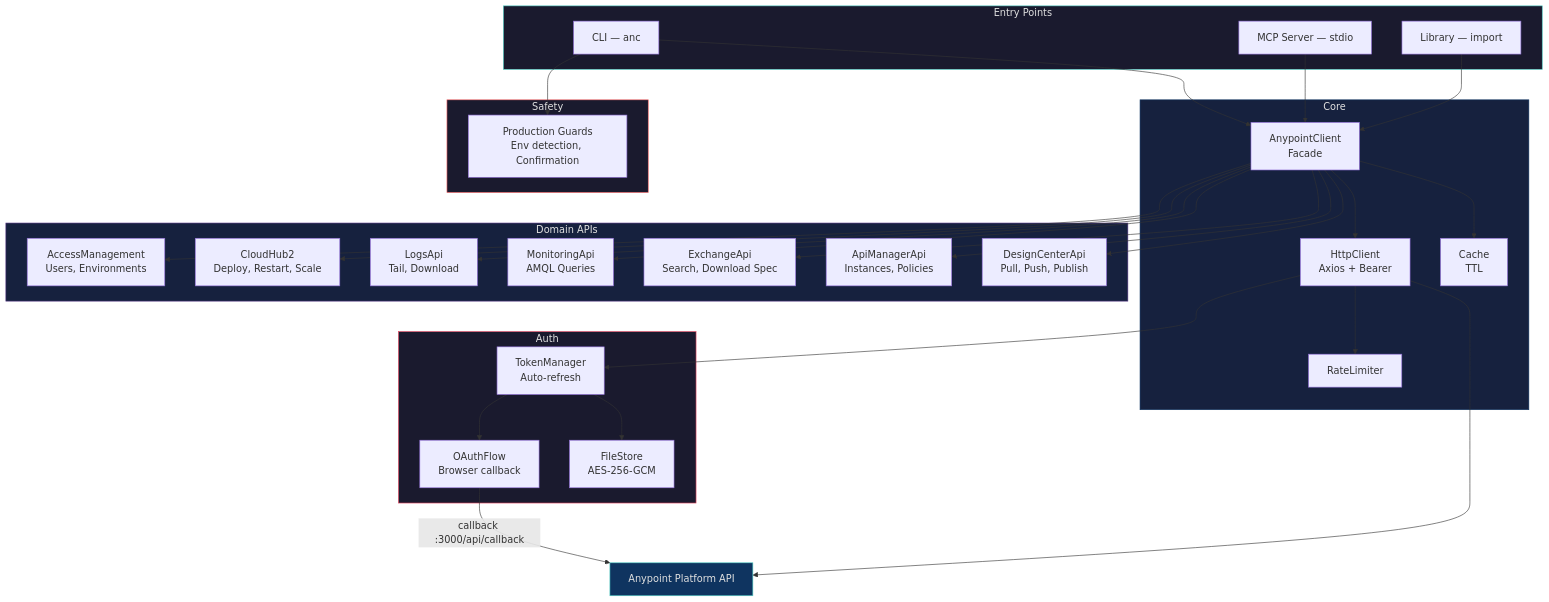
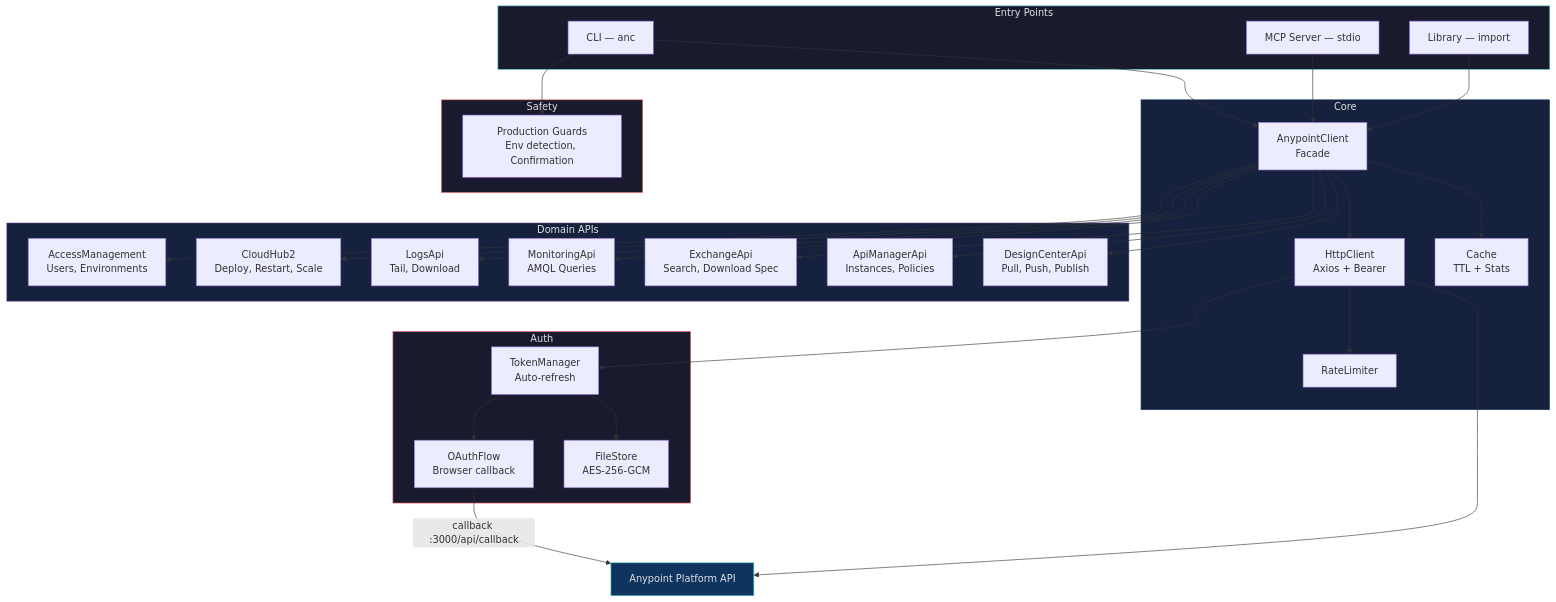
One commit to Avinava/anypoint-connect changed the first of 2 diagrams in README.md. Above: the diagram before and after it, drawn with Mermaid. The commit also changed other lines of this file and 7 other files, not shown here.

````diff
--- a/README.md
+++ b/README.md
@@ -16,63 +16,63 @@
 ```mermaid
 graph TB
     subgraph Entry["Entry Points"]
         CLI["CLI — anc"]
         MCP["MCP Server — stdio"]
         LIB["Library — import"]
     end
 
     subgraph Core["Core"]
         AC["AnypointClient<br/>Facade"]
         HTTP["HttpClient<br/>Axios + Bearer"]
         RL["RateLimiter"]
-        CACHE["Cache<br/>TTL"]
+        CACHE["Cache<br/>TTL + Stats"]
     end
 
     subgraph Auth["Auth"]
         TM["TokenManager<br/>Auto-refresh"]
         OAUTH["OAuthFlow<br/>Browser callback"]
         FS["FileStore<br/>AES-256-GCM"]
     end
 
     subgraph APIs["Domain APIs"]
         AM["AccessManagement<br/>Users, Environments"]
         CH2["CloudHub2<br/>Deploy, Restart, Scale"]
         LOGS["LogsApi<br/>Tail, Download"]
         MON["MonitoringApi<br/>AMQL Queries"]
         EX["ExchangeApi<br/>Search, Download Spec"]
         APIM["ApiManagerApi<br/>Instances, Policies"]
         DC["DesignCenterApi<br/>Pull, Push, Publish"]
     end
 
     subgraph Safety["Safety"]
         GUARD["Production Guards<br/>Env detection, Confirmation"]
     end
 
     CLI --> AC
     MCP --> AC
     LIB --> AC
     AC --> HTTP
     AC --> CACHE
     HTTP --> RL
     HTTP --> TM
     TM --> OAUTH
     TM --> FS
     AC --> AM
     AC --> CH2
     AC --> LOGS
     AC --> MON
     AC --> EX
     AC --> APIM
     AC --> DC
     CLI --> GUARD
 
     OAUTH -->|"callback :3000/api/callback"| AP["Anypoint Platform API"]
     HTTP --> AP
 
     style Entry fill:#1a1a2e,stroke:#4ecdc4,color:#e0e0e0
     style Core fill:#16213e,stroke:#0f3460,color:#e0e0e0
     style Auth fill:#1a1a2e,stroke:#e94560,color:#e0e0e0
     style APIs fill:#16213e,stroke:#533483,color:#e0e0e0
     style Safety fill:#1a1a2e,stroke:#ff6b6b,color:#e0e0e0
     style AP fill:#0f3460,stroke:#4ecdc4,color:#e0e0e0
 ```
````
